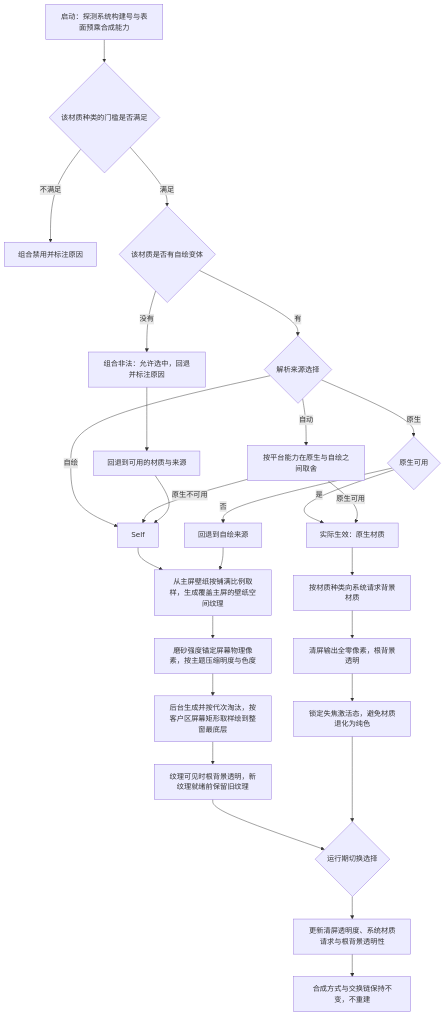
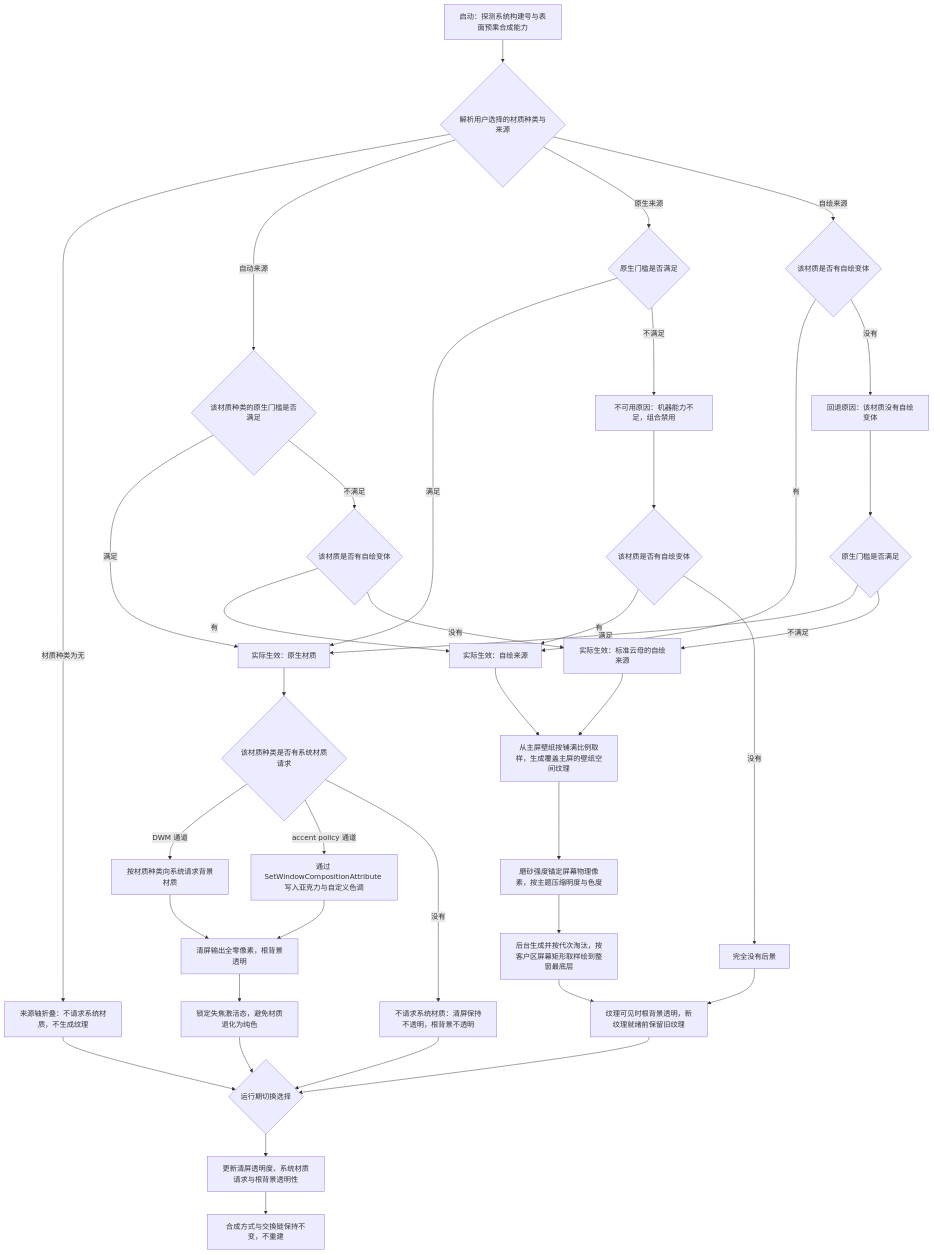
Before and after one commit to pengjiaxusz/unbound-ui: the second of 4 diagrams in docs/architecture/03-扩展系统（subsystems）/平台与窗口集成（platform-integration）.md, drawn with Mermaid. The commit also changed other lines of this file and 43 other files, not shown here.

````diff
--- a/docs/architecture/03-扩展系统（subsystems）/平台与窗口集成（platform-integration）.md
+++ b/docs/architecture/03-扩展系统（subsystems）/平台与窗口集成（platform-integration）.md
@@ -41,33 +44,48 @@
 ```mermaid
 flowchart TB
-    Start["启动：探测系统构建号与表面预乘合成能力"] --> Gate{"该材质种类的门槛是否满足"}
-    Gate -- "不满足" --> Disabled["组合禁用并标注原因"]
-    Gate -- "满足" --> Variant{"该材质是否有自绘变体"}
-    Variant -- "没有" --> Illegal["组合非法：允许选中，回退并标注原因"]
-    Variant -- "有" --> Choose{"解析来源选择"}
-    Choose -- "自动" --> Pick["按平台能力在原生与自绘之间取舍"]
-    Choose -- "原生" --> NativeOk{"原生可用"}
-    Choose -- "自绘" --> Self
-    NativeOk -- "是" --> Native["实际生效：原生材质"]
-    NativeOk -- "否" --> Back["回退到自绘来源"]
-    Pick -- "原生可用" --> Native
-    Pick -- "原生不可用" --> Self
-    Illegal --> BackKind["回退到可用的材质与来源"]
+    Start["启动：探测系统构建号与表面预乘合成能力"] --> Choose{"解析用户选择的材质种类与来源"}
+    Choose -- "材质种类为无" --> Off["来源轴折叠：不请求系统材质，不生成纹理"]
 
-    Native --> N1["按材质种类向系统请求背景材质"]
+    Choose -- "自动来源" --> AutoGate{"该材质种类的原生门槛是否满足"}
+    AutoGate -- "满足" --> Native["实际生效：原生材质"]
+    AutoGate -- "不满足" --> AutoVariant{"该材质是否有自绘变体"}
+    AutoVariant -- "有" --> Self["实际生效：自绘来源"]
+    AutoVariant -- "没有" --> MicaSelf["实际生效：标准云母的自绘来源"]
+
+    Choose -- "原生来源" --> NativeGate{"原生门槛是否满足"}
+    NativeGate -- "满足" --> Native
+    NativeGate -- "不满足" --> Unavailable["不可用原因：机器能力不足，组合禁用"]
+    Unavailable --> NativeVariant{"该材质是否有自绘变体"}
+    NativeVariant -- "有" --> Self
+    NativeVariant -- "没有" --> NoBackdrop["完全没有后景"]
+
+    Choose -- "自绘来源" --> SelfVariant{"该材质是否有自绘变体"}
+    SelfVariant -- "有" --> Self
+    SelfVariant -- "没有" --> Fallback["回退原因：该材质没有自绘变体"]
+    Fallback --> FallbackGate{"原生门槛是否满足"}
+    FallbackGate -- "满足" --> Native
+    FallbackGate -- "不满足" --> MicaSelf
+
+    Native --> N0{"该材质种类是否有系统材质请求"}
+    N0 -- "DWM 通道" --> N1["按材质种类向系统请求背景材质"]
+    N0 -- "accent policy 通道" --> N1A["通过 SetWindowCompositionAttribute 写入亚克力与自定义色调"]
     N1 --> N2["清屏输出全零像素，根背景透明"]
+    N1A --> N2
     N2 --> N3["锁定失焦激活态，避免材质退化为纯色"]
+    N0 -- "没有" --> N4["不请求系统材质：清屏保持不透明，根背景不透明"]
+    N4 --> Switch
 
     Self --> S1["从主屏壁纸按铺满比例取样，生成覆盖主屏的壁纸空间纹理"]
     S1 --> S2["磨砂强度锚定屏幕物理像素，按主题压缩明度与色度"]
     S2 --> S3["后台生成并按代次淘汰，按客户区屏幕矩形取样绘到整窗最底层"]
     S3 --> S4["纹理可见时根背景透明，新纹理就绪前保留旧纹理"]
 
-    Back --> S1
-    BackKind --> Self
+    MicaSelf --> S1
+    NoBackdrop --> S4
 
     S4 --> Switch{"运行期切换选择"}
     N3 --> Switch
+    Off --> Switch
     Switch --> Apply["更新清屏透明度、系统材质请求与根背景透明性"]
     Apply --> Keep["合成方式与交换链保持不变，不重建"]
 ```
````
